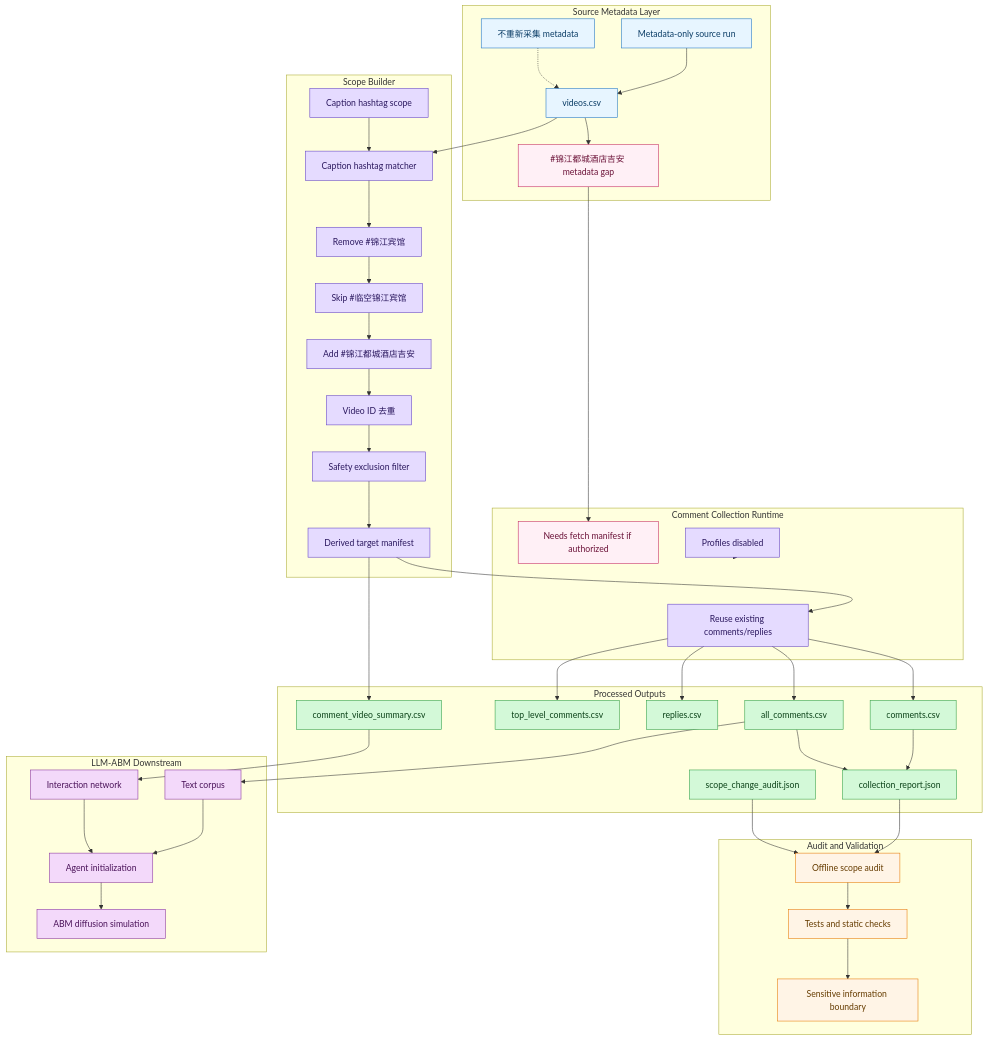
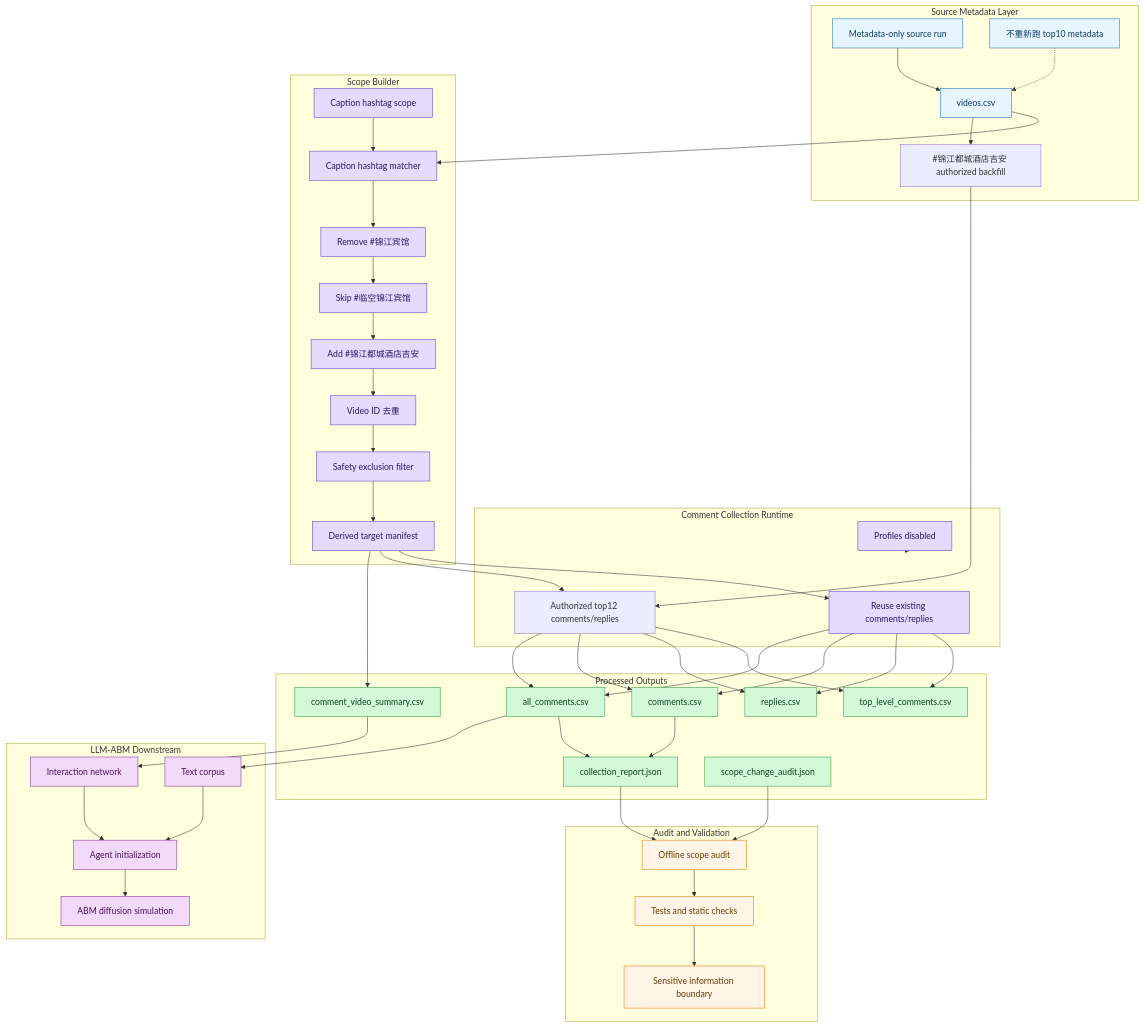
One commit to liu-qingyuan/llm-abm-marketing-sim changed the first of 4 diagrams in docs/05-周报/2026-06-20-锦江酒店Douyin评论与回复数据集构建及LLM-ABM研究支撑.md. Above: the diagram before and after it, drawn with Mermaid. The commit also changed other lines of this file and 2 other files, not shown here.

First line of the commit message:
Refine Jinjiang Douyin scope with authorized top12 backfill

```diff
--- a/docs/05-周报/2026-06-20-锦江酒店Douyin评论与回复数据集构建及LLM-ABM研究支撑.md
+++ b/docs/05-周报/2026-06-20-锦江酒店Douyin评论与回复数据集构建及LLM-ABM研究支撑.md
@@ -106,8 +113,8 @@
     subgraph source["Source Metadata Layer"]
         sourceRun["Metadata-only source run"]
         sourceVideos["videos.csv"]
-        noMetadataRedo["不重新采集 metadata"]
-        top12Gap["#锦江都城酒店吉安 metadata gap"]
+        noMetadataRedo["不重新跑 top10 metadata"]
+        top12Backfill["#锦江都城酒店吉安 authorized backfill"]
     end
 
     subgraph scope["Scope Builder"]
@@ -123,7 +130,7 @@
 
     subgraph collection["Comment Collection Runtime"]
         oldComments["Reuse existing comments/replies"]
-        needsFetch["Needs fetch manifest if authorized"]
+        top12Comments["Authorized top12 comments/replies"]
         profilesDisabled["Profiles disabled"]
     end
 
@@ -153,7 +160,7 @@
     sourceRun --> sourceVideos
     noMetadataRedo -.-> sourceVideos
     sourceVideos --> matcher
-    sourceVideos --> top12Gap
+    sourceVideos --> top12Backfill
     tagStats --> matcher
     matcher --> removeBinguan
     removeBinguan --> skipLinkong
@@ -162,8 +169,13 @@
     dedupe --> safetyFilter
     safetyFilter --> targetManifest
     targetManifest --> oldComments
-    top12Gap --> needsFetch
+    targetManifest --> top12Comments
+    top12Backfill --> top12Comments
     oldComments --> topCsv
+    top12Comments --> topCsv
+    top12Comments --> repliesCsv
+    top12Comments --> commentsCsv
+    top12Comments --> allCsv
     oldComments --> repliesCsv
     oldComments --> commentsCsv
     oldComments --> allCsv
@@ -190,7 +202,7 @@
 
     class sourceRun,sourceVideos,noMetadataRedo sourceClass
     class tagStats,matcher,removeBinguan,skipLinkong,addJian,dedupe,safetyFilter,targetManifest,oldComments,profilesDisabled processClass
-    class top12Gap,needsFetch gapClass
+    class top12Backfill,top12Comments doneClass
     class commentsCsv,topCsv,repliesCsv,allCsv,summaryCsv,reportJson,auditJson outputClass
     class audit,tests,secretScan validationClass
     class textCorpus,interactionNetwork,agentInit,abmSimulation futureClass
```
